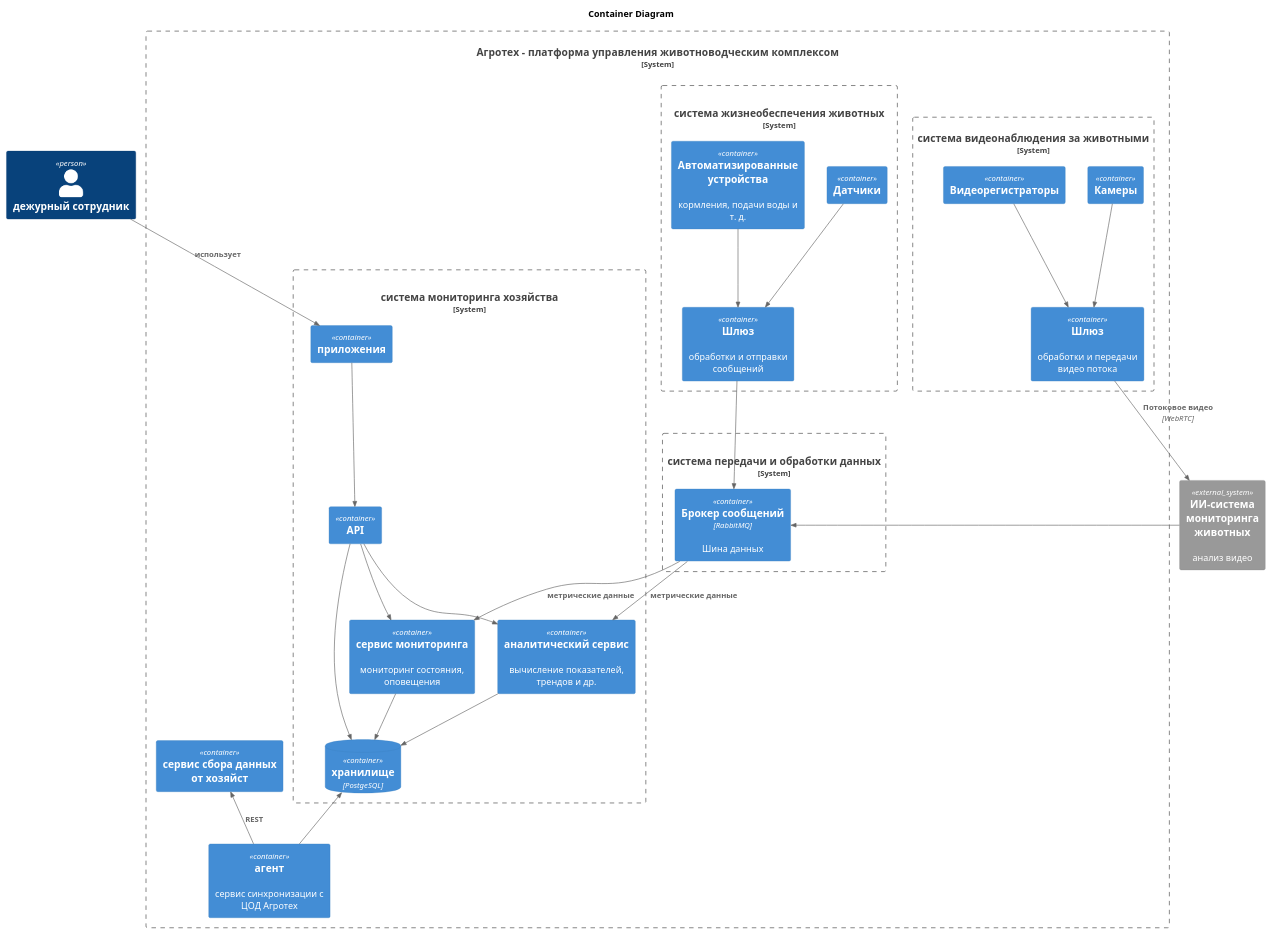
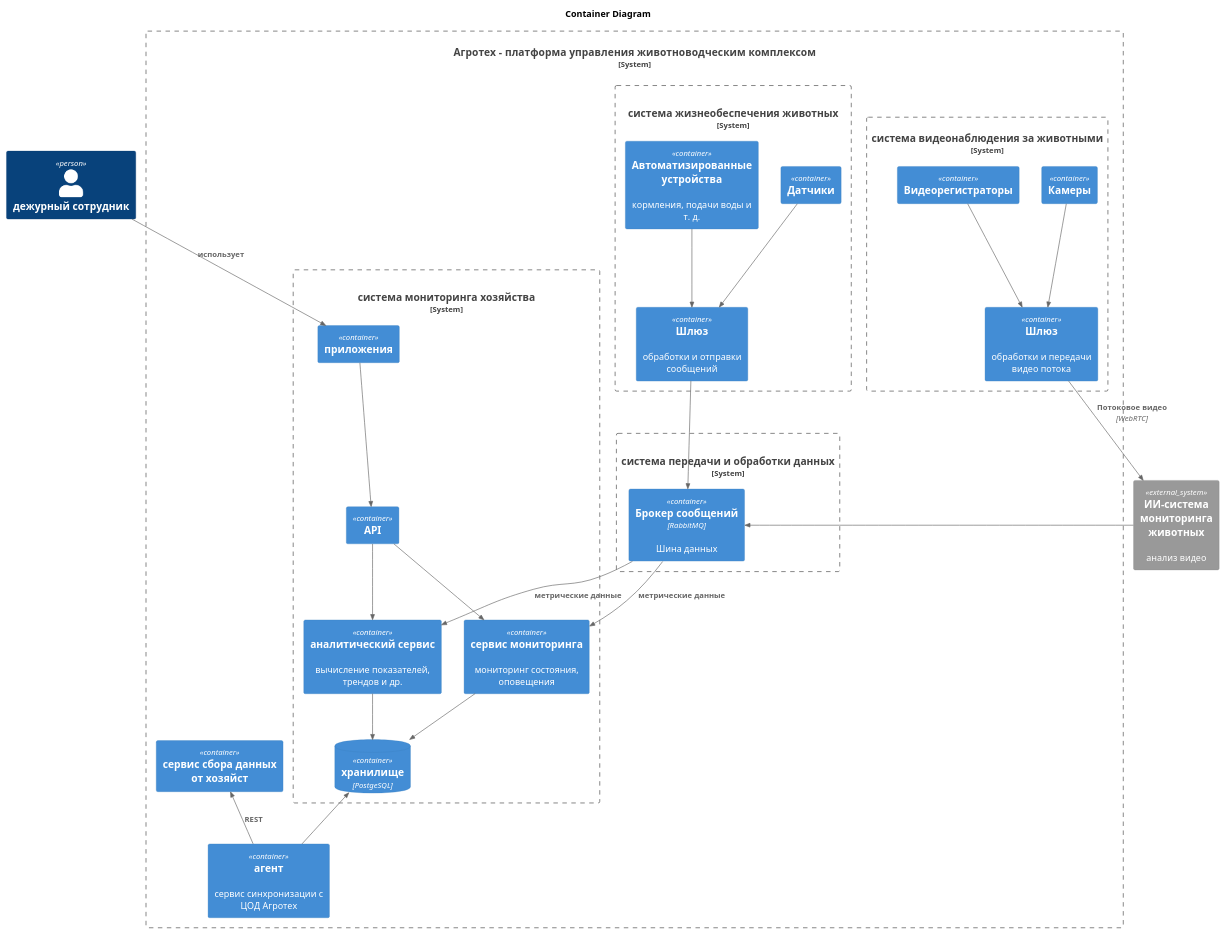
One commit to Bessolitsyn/MSA-AgroTech changed the diagram in TASK2/agrotech_v2_С2.puml. Above: the diagram before and after it, drawn with PlantUML. The commit also changed 3 other files, not shown here.

```diff
--- a/TASK2/agrotech_v2_С2.puml
+++ b/TASK2/agrotech_v2_С2.puml
@@ -1,67 +1,66 @@
 @startuml агро_V1
 
 !include https://raw.githubusercontent.com/plantuml-stdlib/C4-PlantUML/master/C4_Container.puml
 
 ' !include C4_Context.puml
 ' !include C4_Container.puml
 ' !include C4_Component.puml
 title "Container Diagram"
 
 Person(сотрудник, "дежурный сотрудник")
 
 
 System_Boundary(платформа, "Агротех  - платформа управления животноводческим комплексом") {
 
     System_Boundary(databus, "система передачи и обработки данных", "сбор данных от технических систем, структурирование, хранение ") {        
         Container(broker, "Брокер сообщений","RabbitMQ", "Шина данных")        
         
         'Rel(broker, storage, "")
     }
     System_Boundary(животноводство,"система жизнеобеспечения животных", "Мниторинг состояния технических средств(кормушки, поилки и др)") {
         Container(sensors, "Датчики", "", "")
         Container(gateway, "Шлюз", "", "обработки и отправки сообщений")
         Container(devices, "Автоматизированные устройства ", "", "кормления, подачи воды и т. д.")        
         Rel(sensors, gateway, "")
         Rel(devices, gateway, "")
         Rel(gateway, broker, "", "")
     }
     System_Boundary(видео,"система видеонаблюдения за животными", "") {
         Container(camera, "Камеры")
         Container(streaming, "Шлюз", "", "обработки и передачи видео потока")
         Container(recivers, " Видеорегистраторы")        
         Rel(camera, streaming, "")
         Rel(recivers, streaming, "")
         
     }
     System_Boundary(цуп, "система мониторинга хозяйства", "управление,  мониторинг, анализ, оповещение, отчетность") {
         Container(api, "API")
         Container(app, "приложения")
         Container(bi, "аналитический сервис", "", "вычисление показателей, трендов и др.")
         Container(supervisor, "сервис мониторинга", "", "мониторинг состояния, оповещения")
         ContainerDb(storage, "xранилище","PostgeSQL", "")
         Rel(app, api, "")
         Rel(broker, bi, "метрические данные", "")
         Rel(broker, supervisor, "метрические данные", "")
         Rel(bi, storage, "")
         Rel(supervisor, storage, "")
-        Rel(api, storage, "")
         Rel(api, bi, "")
         Rel(api, supervisor, "")
 
         
     }
     Container(agent, "агент", "", "сервис синхронизации с ЦОД Агротех")
     Container(collector, "сервис сбора данных от хозяйст")
     Rel_U(agent, collector, "REST")
     Rel_U(agent, storage, "")        
 
 }
 System_Ext(ai, "ИИ-система мониторинга животных", "анализ видео") 
 Rel(streaming, ai, "Потоковое видео","WebRTC")        
 Rel(ai, broker, "", "")  
 Rel(сотрудник, app, "использует")   
    
 
 
 
 @enduml
```
